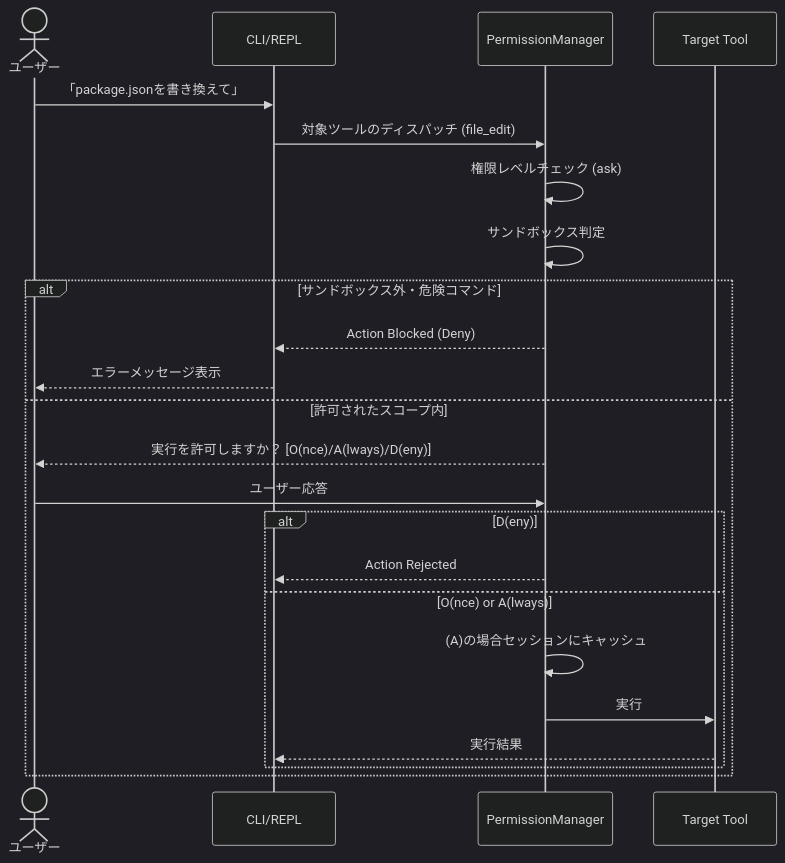
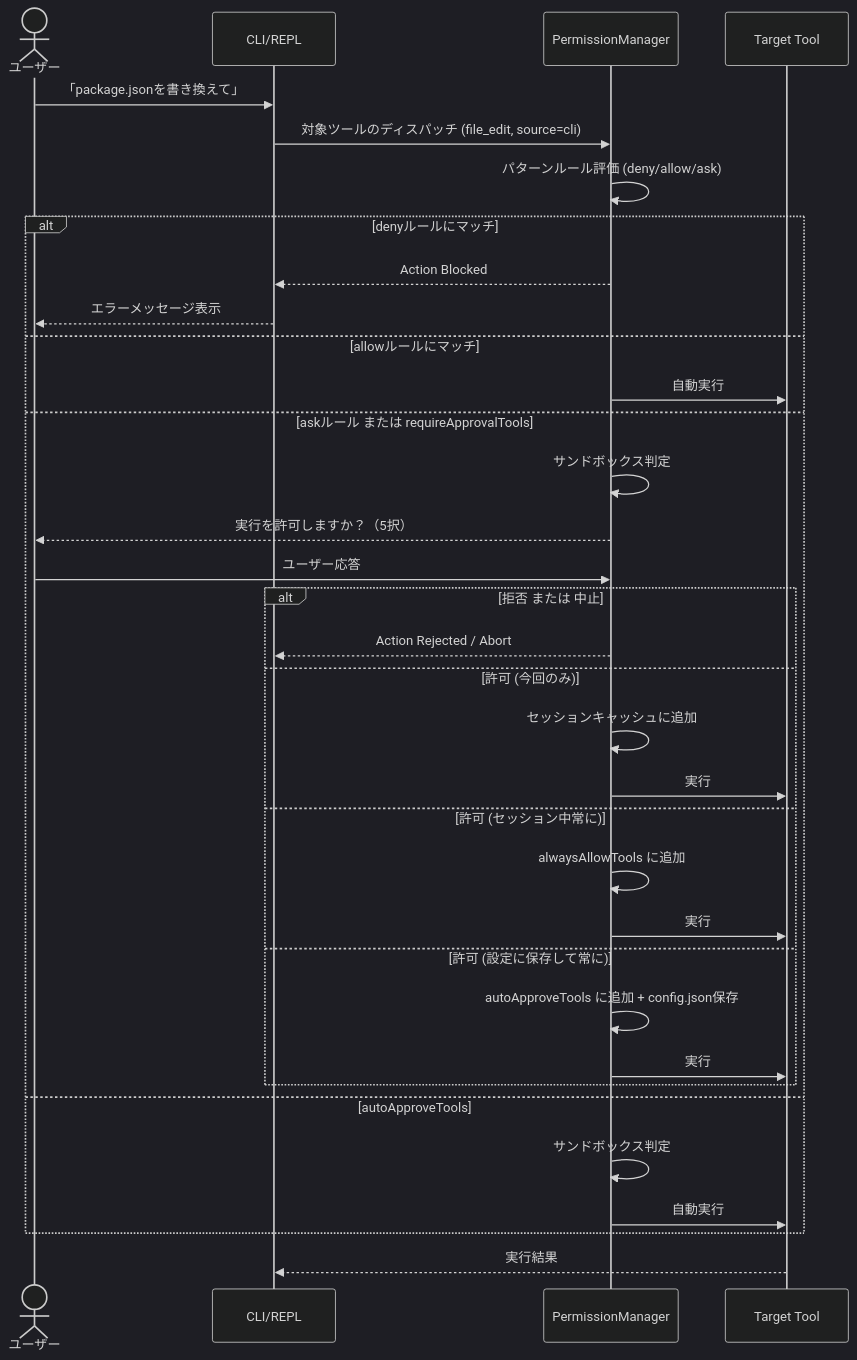
Before and after one commit to t2k2pp/lllmAgents: the fifth of 5 diagrams in docs/external_design.md, drawn with Mermaid (dark theme). The commit also changed other lines of this file and 13 other files, not shown here.

````diff
--- a/docs/external_design.md
+++ b/docs/external_design.md
@@ -168,27 +222,38 @@
 ```mermaid
 sequenceDiagram
     actor U as ユーザー
     participant CLI as CLI/REPL
     participant PM as PermissionManager
     participant Tool as Target Tool
 
     U->>CLI: 「package.jsonを書き換えて」
-    CLI->>PM: 対象ツールのディスパッチ (file_edit)
-    
-    PM->>PM: 権限レベルチェック (ask)
-    PM->>PM: サンドボックス判定
-    alt サンドボックス外・危険コマンド
-        PM-->>CLI: Action Blocked (Deny)
+    CLI->>PM: 対象ツールのディスパッチ (file_edit, source=cli)
+
+    PM->>PM: パターンルール評価 (deny/allow/ask)
+    alt denyルールにマッチ
+        PM-->>CLI: Action Blocked
         CLI-->>U: エラーメッセージ表示
-    else 許可されたスコープ内
-        PM-->>U: 実行を許可しますか？ [O(nce)/A(lways)/D(eny)]
+    else allowルールにマッチ
+        PM->>Tool: 自動実行
+    else askルール または requireApprovalTools
+        PM->>PM: サンドボックス判定
+        PM-->>U: 実行を許可しますか？（5択）
         U->>PM: ユーザー応答
-        alt D(eny)
-            PM-->>CLI: Action Rejected
-        else O(nce) or A(lways)
-            PM->>PM: (A)の場合セッションにキャッシュ
+        alt 拒否 または 中止
+            PM-->>CLI: Action Rejected / Abort
+        else 許可 (今回のみ)
+            PM->>PM: セッションキャッシュに追加
             PM->>Tool: 実行
-            Tool-->>CLI: 実行結果
+        else 許可 (セッション中常に)
+            PM->>PM: alwaysAllowTools に追加
+            PM->>Tool: 実行
+        else 許可 (設定に保存して常に)
+            PM->>PM: autoApproveTools に追加 + config.json保存
+            PM->>Tool: 実行
         end
+    else autoApproveTools
+        PM->>PM: サンドボックス判定
+        PM->>Tool: 自動実行
     end
+    Tool-->>CLI: 実行結果
 ```
````
